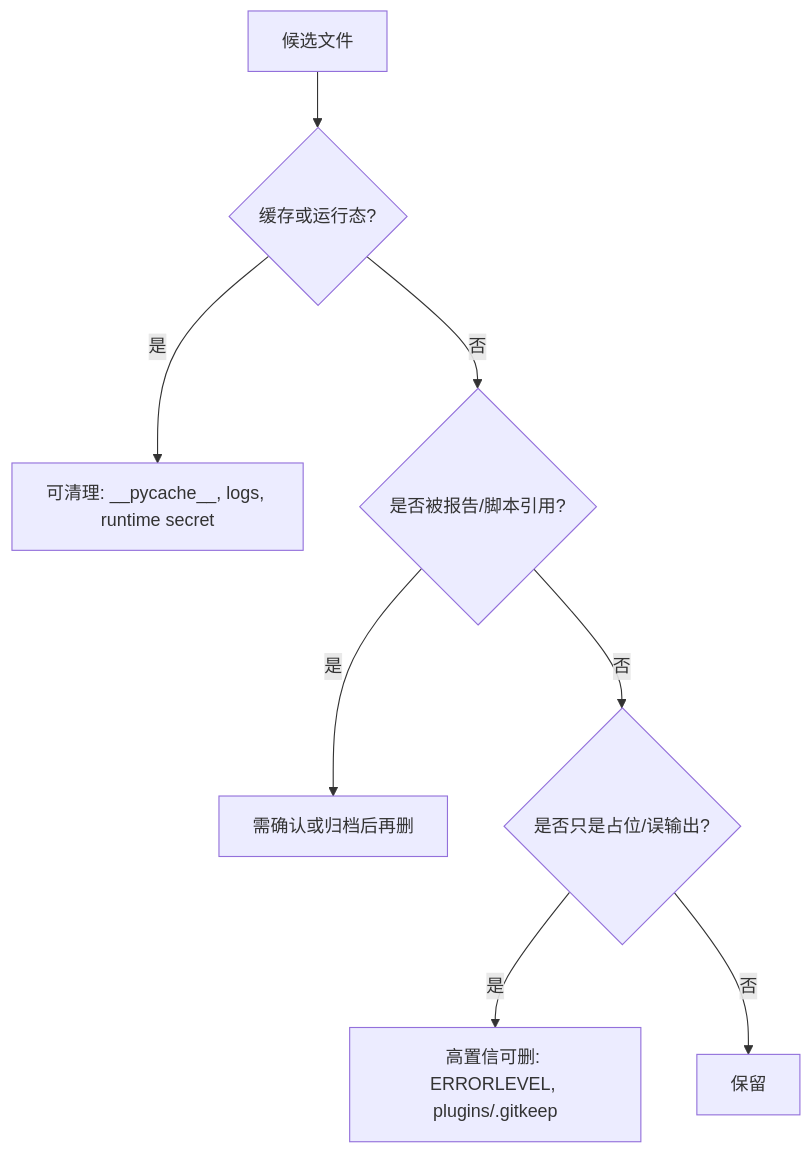
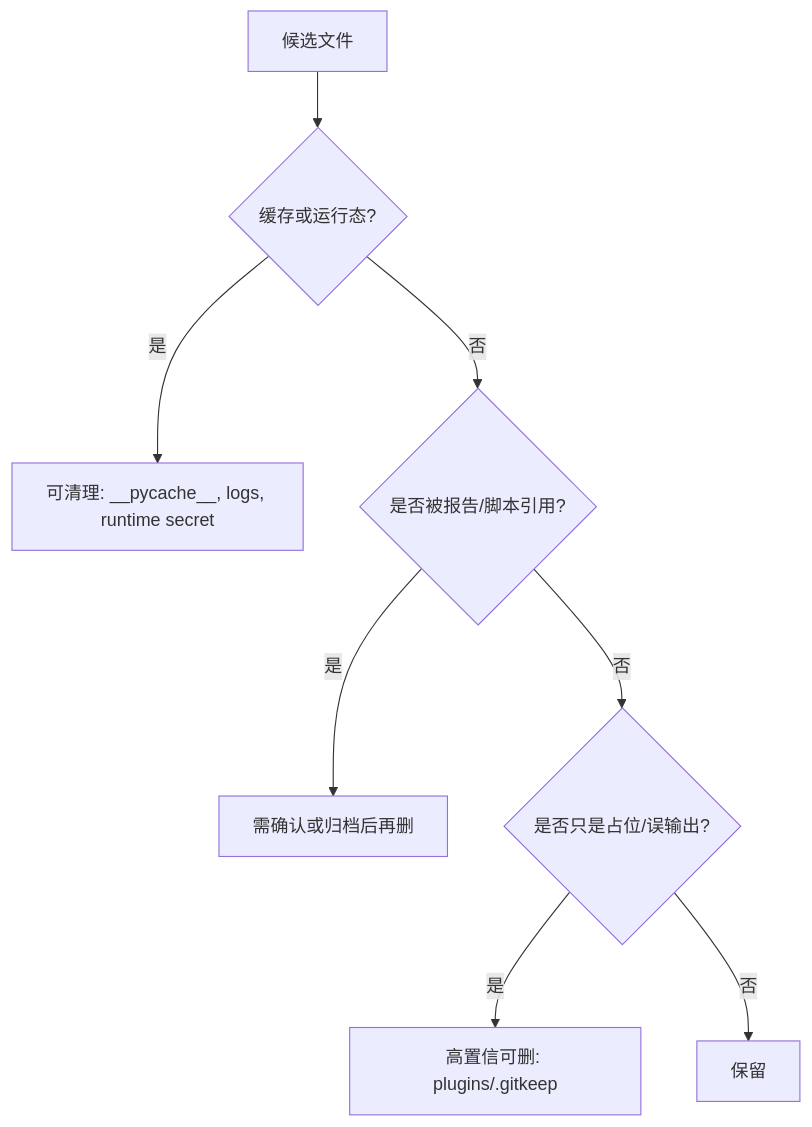
One commit to lurenxing628/---- changed the diagram in codestable/compound/2026-04-27-explore-repo-garbage-files.md. Above: the diagram before and after it, drawn with Mermaid. The commit also changed other lines of this file and 28 other files, not shown here.

````diff
--- a/codestable/compound/2026-04-27-explore-repo-garbage-files.md
+++ b/codestable/compound/2026-04-27-explore-repo-garbage-files.md
@@ -22,10 +23,10 @@
 ```mermaid
 flowchart TD
     A[候选文件] --> B{缓存或运行态?}
     B -->|是| C[可清理: __pycache__, logs, runtime secret]
     B -->|否| D{是否被报告/脚本引用?}
     D -->|是| E[需确认或归档后再删]
     D -->|否| F{是否只是占位/误输出?}
-    F -->|是| G[高置信可删: ERRORLEVEL, plugins/.gitkeep]
+    F -->|是| G[高置信可删: plugins/.gitkeep]
     F -->|否| H[保留]
 ```
````
